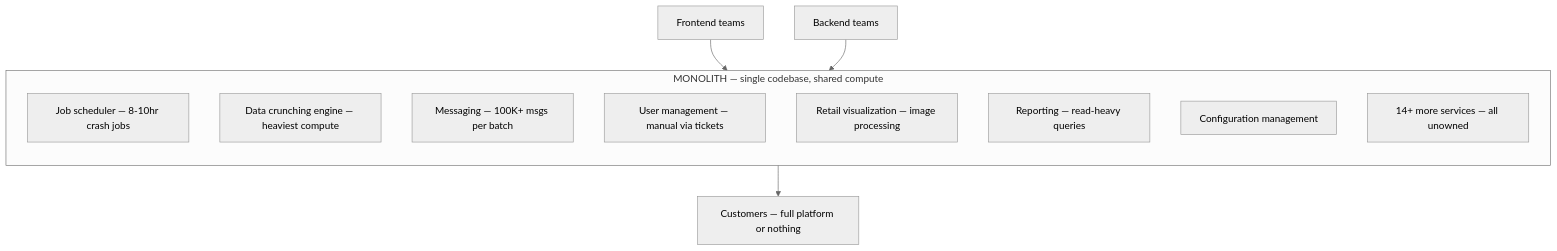
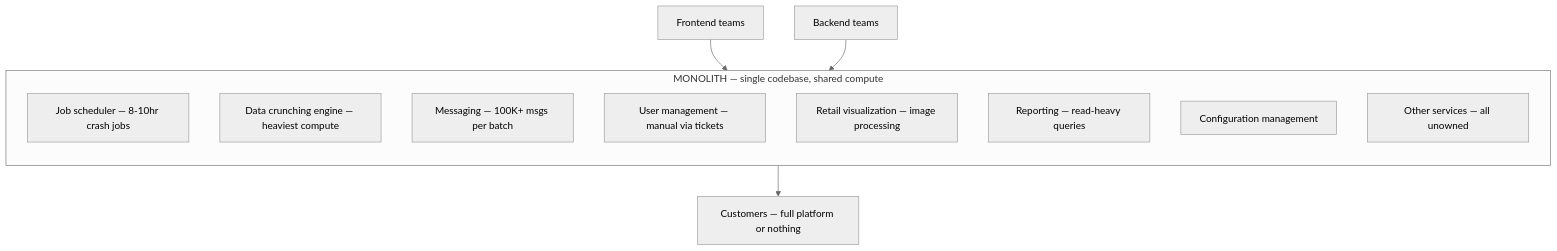
Before and after one commit to ShashwatSharmaPM/platform-decomposition-api-marketplace: the first of 2 diagrams in diagrams/before-state.md, drawn with Mermaid.

````diff
--- a/diagrams/before-state.md
+++ b/diagrams/before-state.md
@@ -5,20 +5,20 @@
 ```mermaid
 %%{init: {'theme': 'neutral'}}%%
 graph TD
     FE[Frontend teams] --> MONO
     BE[Backend teams] --> MONO
 
     subgraph MONO["MONOLITH — single codebase, shared compute"]
         direction TB
         SVC1[Job scheduler — 8-10hr crash jobs]
         SVC2[Data crunching engine — heaviest compute]
         SVC3[Messaging — 100K+ msgs per batch]
         SVC4[User management — manual via tickets]
         SVC5[Retail visualization — image processing]
         SVC6[Reporting — read-heavy queries]
         SVC7[Configuration management]
-        SVC8[14+ more services — all unowned]
+        SVC8[Other services — all unowned]
     end
 
     MONO --> CUST[Customers — full platform or nothing]
 ```
````
